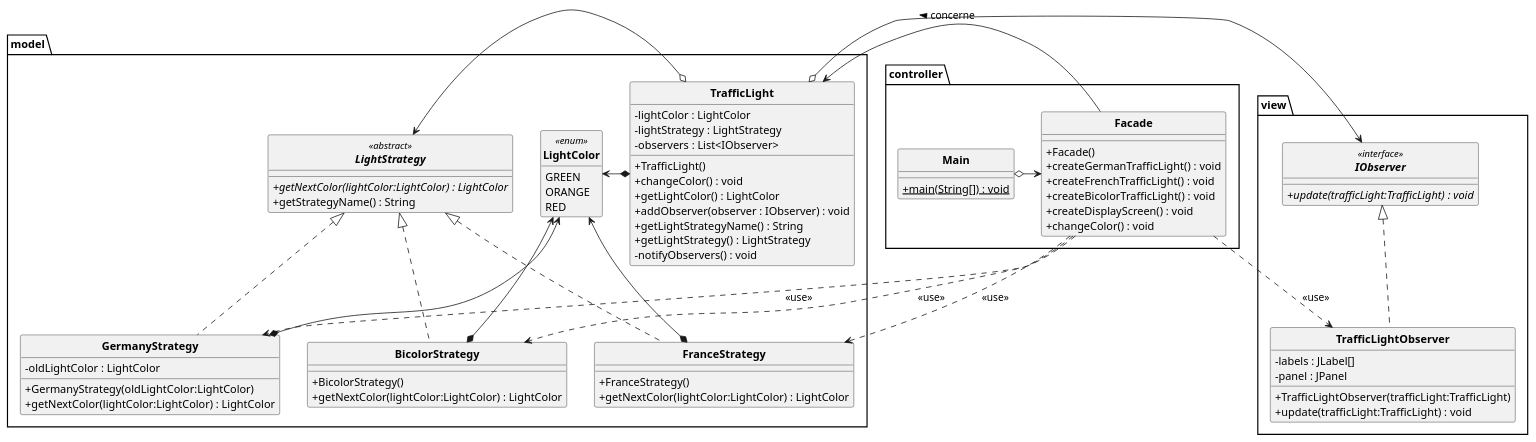
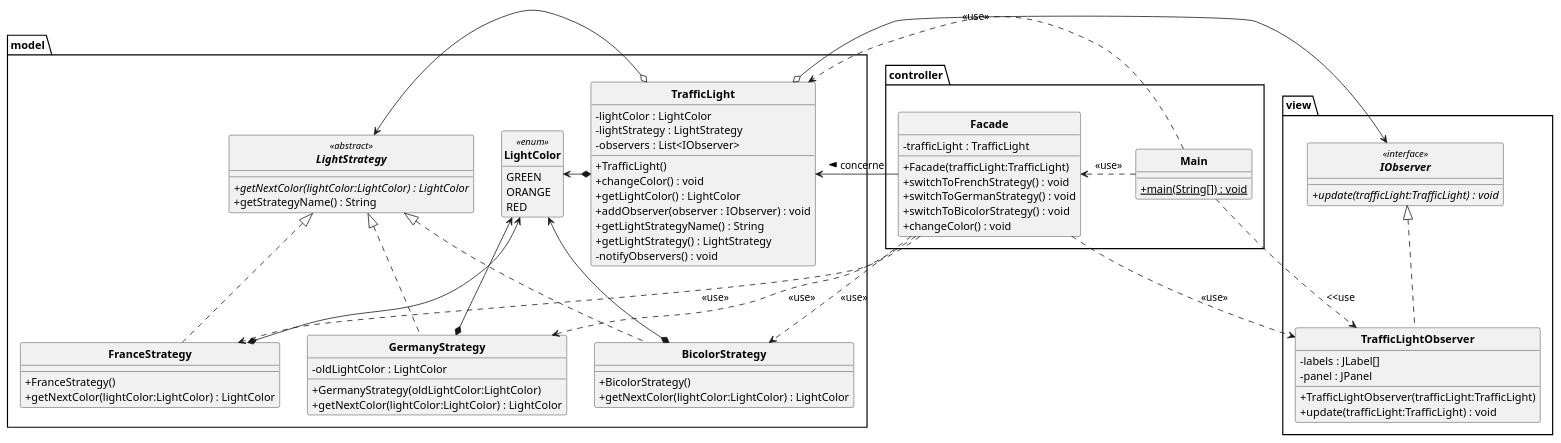
The diagram in out/production/A31_Project/TD3/exo1.puml (BaptisteWetterwald/dut-a31), drawn with PlantUML before and after one commit. The commit also changed 19 other files, not shown here.

```diff
--- a/out/production/A31_Project/TD3/exo1.puml
+++ b/out/production/A31_Project/TD3/exo1.puml
@@ -1,109 +1,111 @@
 @startuml
 'https://plantuml.com/class-diagram
 
 skinparam style strictuml
 skinparam classAttributeIconSize 0
 skinparam classFontStyle Bold
 hide enum methods
 
 package model
 {
     enum LightColor <<enum>>
     {
         GREEN
         ORANGE
         RED
     }
 
     abstract class LightStrategy <<abstract>>
     {
         + {abstract} getNextColor(lightColor:LightColor) : LightColor
         + getStrategyName() : String
     }
 
     class TrafficLight
     {
         - lightColor : LightColor
         - lightStrategy : LightStrategy
         - observers : List<IObserver>
 
         + TrafficLight()
         + changeColor() : void
         + getLightColor() : LightColor
         + addObserver(observer : IObserver) : void
         + getLightStrategyName() : String
         + getLightStrategy() : LightStrategy
         - notifyObservers() : void
     }
 
     class FranceStrategy implements LightStrategy
     {
         + FranceStrategy()
         + getNextColor(lightColor:LightColor) : LightColor
     }
 
     class GermanyStrategy implements LightStrategy
     {
         - oldLightColor : LightColor
         + GermanyStrategy(oldLightColor:LightColor)
         + getNextColor(lightColor:LightColor) : LightColor
     }
 
     class BicolorStrategy implements LightStrategy
     {
         + BicolorStrategy()
         + getNextColor(lightColor:LightColor) : LightColor
     }
 }
 
 package controller
 {
     class Main
     {
         + {static} main(String[]) : void
     }
 
     class Facade
     {
-        + Facade()
-        + createGermanTrafficLight() : void
-        + createFrenchTrafficLight() : void
-        + createBicolorTrafficLight() : void
-        + createDisplayScreen() : void
+        - trafficLight : TrafficLight
+        + Facade(trafficLight:TrafficLight)
+        + switchToFrenchStrategy() : void
+        + switchToGermanStrategy() : void
+        + switchToBicolorStrategy() : void
         + changeColor() : void
     }
 }
 
 package view
 {
     class TrafficLightObserver implements IObserver
     {
         - labels : JLabel[]
         - panel : JPanel
 
         + TrafficLightObserver(trafficLight:TrafficLight)
         + update(trafficLight:TrafficLight) : void
     }
 
     interface IObserver <<interface>>
     {
         + {abstract} update(trafficLight:TrafficLight) : void
     }
 }
 
 TrafficLight o-left> LightStrategy
 TrafficLight *-> LightColor
 
 GermanyStrategy *-up-> LightColor
 FranceStrategy *-up-> LightColor
 BicolorStrategy *-up-> LightColor
 
 TrafficLight o-> IObserver
 Facade .> TrafficLightObserver : <<use>>
 Facade .> FranceStrategy : <<use>>
 Facade .> GermanyStrategy : <<use>>
 Facade .> BicolorStrategy : <<use>>
-Main o-> Facade
+Main .> Facade : <<use>>
+Main .> TrafficLight : <<use>>
+Main .> TrafficLightObserver : <<use
 Facade -> TrafficLight : > concerne
 
 @enduml
```
